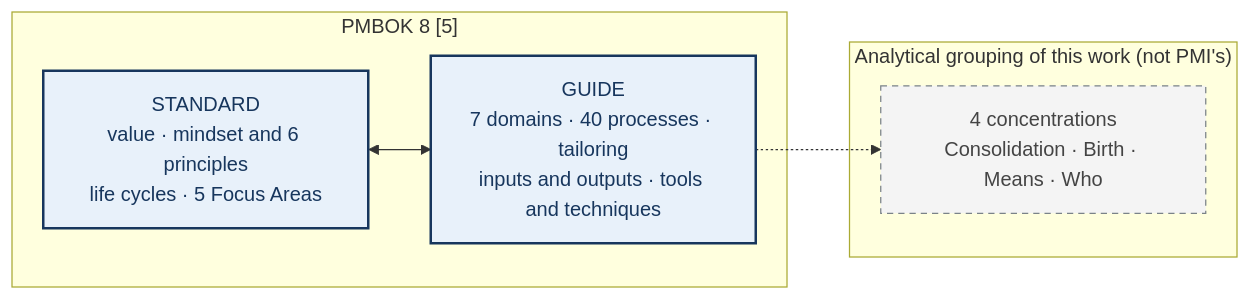
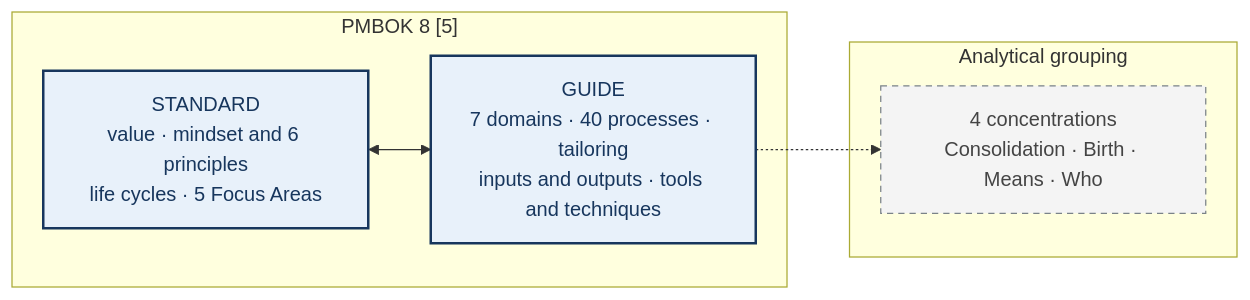
The first of 3 diagrams in _grupo/P3D/entregas/MD/P3D_Privacidade2_Report_EN.md (cadu-unb/_POS-PPCA-GPTI_2026-2), drawn with Mermaid before and after one commit. The commit also changed other lines of this file and 70 other files, not shown here.

````diff
--- a/_grupo/P3D/entregas/MD/P3D_Privacidade2_Report_EN.md
+++ b/_grupo/P3D/entregas/MD/P3D_Privacidade2_Report_EN.md
@@ -36,14 +36,14 @@
 ```mermaid
 flowchart LR
     subgraph PMI["PMBOK 8 [5]"]
         S["STANDARD<br/>value · mindset and 6 principles<br/>life cycles · 5 Focus Areas"] <--> G["GUIDE<br/>7 domains · 40 processes · tailoring<br/>inputs and outputs · tools and techniques"]
     end
-    subgraph AN["Analytical grouping of this work (not PMI's)"]
+    subgraph AN["Analytical grouping"]
         C["4 concentrations<br/>Consolidation · Birth · Means · Who"]
     end
     G -.-> C
     classDef source fill:#e8f1fa,stroke:#17365d,stroke-width:2px,color:#17365d
     classDef analytic fill:#f4f4f4,stroke:#7a8288,stroke-dasharray:5 4,color:#444444
     class S,G source
     class C analytic
 ```
````
